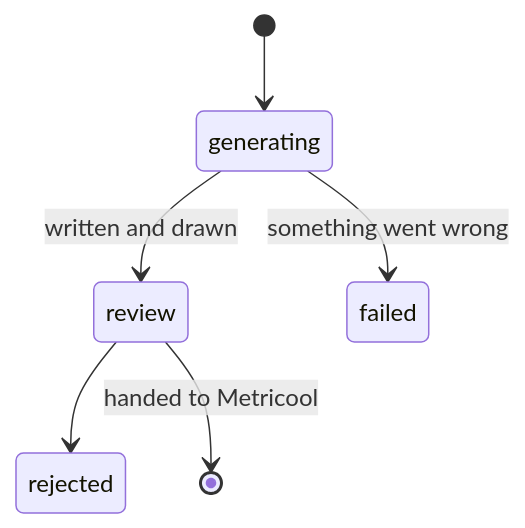
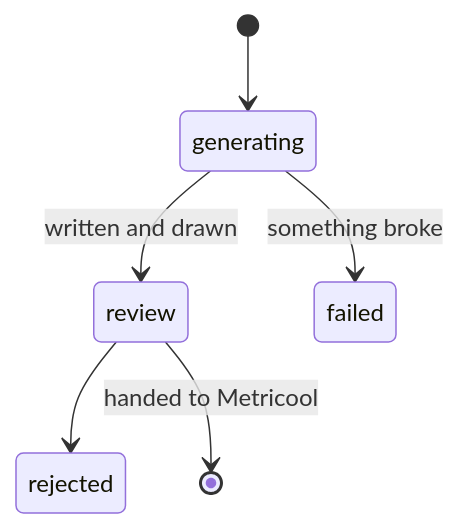
One commit to nauqh/fb-agent changed the third of 4 diagrams in README.md. Above: the diagram before and after it, drawn with Mermaid. The commit also changed other lines of this file, not shown here.

````diff
--- a/README.md
+++ b/README.md
@@ -176,8 +127,8 @@
 ```mermaid
 stateDiagram-v2
     [*] --> generating
     generating --> review: written and drawn
-    generating --> failed: something went wrong
+    generating --> failed: something broke
     review --> rejected
     review --> [*]: handed to Metricool
 ```
````
